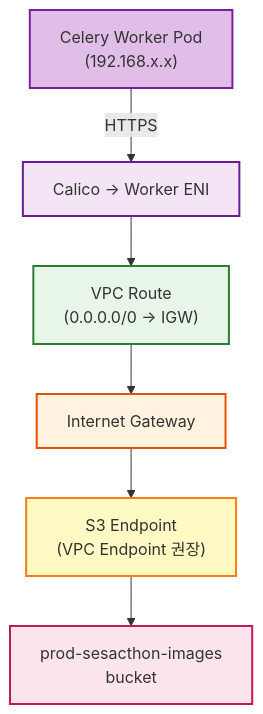
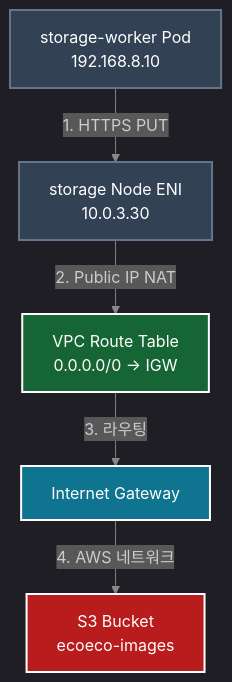
The fourth of 5 diagrams in docs/infrastructure/02-vpc-network-design.md (SeSACTHON/backend), drawn with Mermaid before and after one commit. The commit also changed other lines of this file and 54 other files, not shown here.

````diff
--- a/docs/infrastructure/02-vpc-network-design.md
+++ b/docs/infrastructure/02-vpc-network-design.md
@@ -229,15 +398,20 @@
 ```mermaid
+%%{init: {'theme':'dark', 'themeVariables': { 'primaryColor':'#1a1a1a', 'primaryTextColor':'#fff', 'primaryBorderColor':'#444', 'lineColor':'#888', 'secondaryColor':'#2d2d2d', 'tertiaryColor':'#1a1a1a'}}}%%
 graph TD
-    Pod["Celery Worker Pod<br/>(192.168.x.x)"] -->|"HTTPS"| Calico["Calico → Worker ENI"]
-    Calico --> Route["VPC Route<br/>(0.0.0.0/0 → IGW)"]
-    Route --> IGW["Internet Gateway"]
-    IGW --> S3E["S3 Endpoint<br/>(VPC Endpoint 권장)"]
-    S3E --> Bucket["prod-sesacthon-images<br/>bucket"]
+    Pod["storage-worker Pod<br/>192.168.8.10"]
+    ENI["storage Node ENI<br/>10.0.3.30"]
+    VPC["VPC Route Table<br/>0.0.0.0/0 → IGW"]
+    IGW["Internet Gateway"]
+    S3["S3 Bucket<br/>ecoeco-images"]
     
-    style Pod fill:#e1bee7,stroke:#7b1fa2,stroke-width:2px
-    style Calico fill:#f3e5f5,stroke:#6a1b9a,stroke-width:2px
-    style Route fill:#e8f5e9,stroke:#2e7d32,stroke-width:2px
-    style IGW fill:#fff3e0,stroke:#e65100,stroke-width:2px
-    style S3E fill:#fff9c4,stroke:#f57f17,stroke-width:2px
-    style Bucket fill:#fce4ec,stroke:#c2185b,stroke-width:2px
+    Pod -->|"1. HTTPS PUT"| ENI
+    ENI -->|"2. Public IP NAT"| VPC
+    VPC -->|"3. 라우팅"| IGW
+    IGW -->|"4. AWS 네트워크"| S3
+    
+    style Pod fill:#334155,stroke:#64748b,stroke-width:2px,color:#fff
+    style ENI fill:#334155,stroke:#64748b,stroke-width:2px,color:#fff
+    style VPC fill:#166534,stroke:#fff,stroke-width:2px,color:#fff
+    style IGW fill:#0e7490,stroke:#fff,stroke-width:2px,color:#fff
+    style S3 fill:#b91c1c,stroke:#fff,stroke-width:2px,color:#fff
 ```
````
